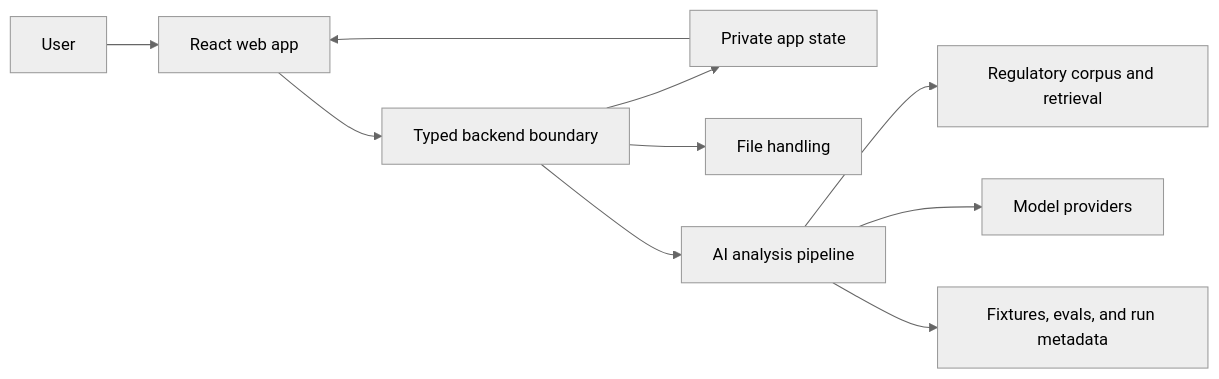
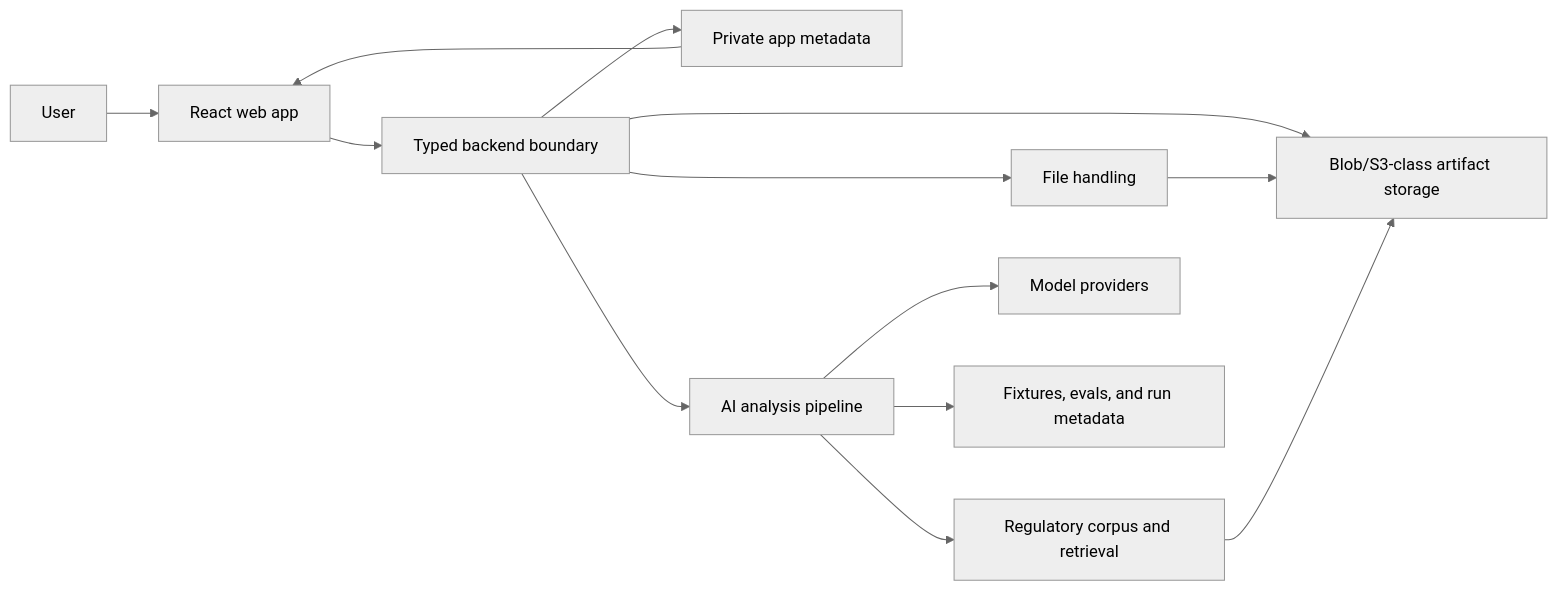
Before and after one commit to alexlwn123/greenlit.ai: the diagram in docs/v1-rewrite-architecture.md, drawn with Mermaid (neutral theme). The commit also changed other lines of this file and 1 other file, not shown here.

````diff
--- a/docs/v1-rewrite-architecture.md
+++ b/docs/v1-rewrite-architecture.md
@@ -84,12 +88,15 @@
 ```mermaid
 flowchart LR
   U["User"] --> W["React web app"]
   W --> B["Typed backend boundary"]
-  B --> P["Private app state"]
+  B --> P["Private app metadata"]
+  B --> S["Blob/S3-class artifact storage"]
   B --> F["File handling"]
   B --> A["AI analysis pipeline"]
   A --> C["Regulatory corpus and retrieval"]
   A --> M["Model providers"]
   A --> Q["Fixtures, evals, and run metadata"]
+  F --> S
+  C --> S
   P --> W
 ```
````
